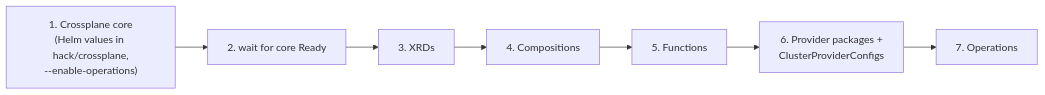
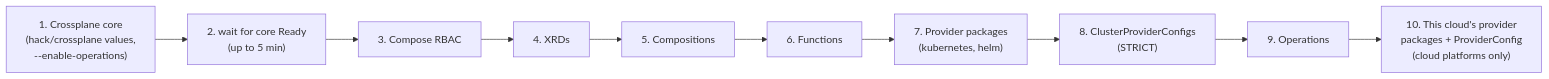
Before and after one commit to adhar-io/adhar: the first of 2 diagrams in docs/CONTROL_PLANE.md, drawn with Mermaid. The commit also changed other lines of this file and 321 other files, not shown here.

````diff
--- a/docs/CONTROL_PLANE.md
+++ b/docs/CONTROL_PLANE.md
@@ -150,6 +165,8 @@
 ```mermaid
 flowchart LR
-    core["1. Crossplane core<br/>(Helm values in hack/crossplane,<br/>--enable-operations)"] --> wait["2. wait for core Ready"]
-    wait --> xrds["3. XRDs"] --> comps["4. Compositions"] --> funcs["5. Functions"]
-    funcs --> pcs["6. Provider packages +<br/>ClusterProviderConfigs"] --> ops["7. Operations"]
+    core["1. Crossplane core<br/>(hack/crossplane values,<br/>--enable-operations)"] --> wait["2. wait for core Ready<br/>(up to 5 min)"]
+    wait --> rbac["3. Compose RBAC"] --> xrds["4. XRDs"] --> comps["5. Compositions"]
+    comps --> funcs["6. Functions"] --> pkgs["7. Provider packages<br/>(kubernetes, helm)"]
+    pkgs --> pcs["8. ClusterProviderConfigs<br/>(STRICT)"] --> ops["9. Operations"]
+    ops --> cloud["10. This cloud's provider<br/>packages + ProviderConfig<br/>(cloud platforms only)"]
 ```
````
